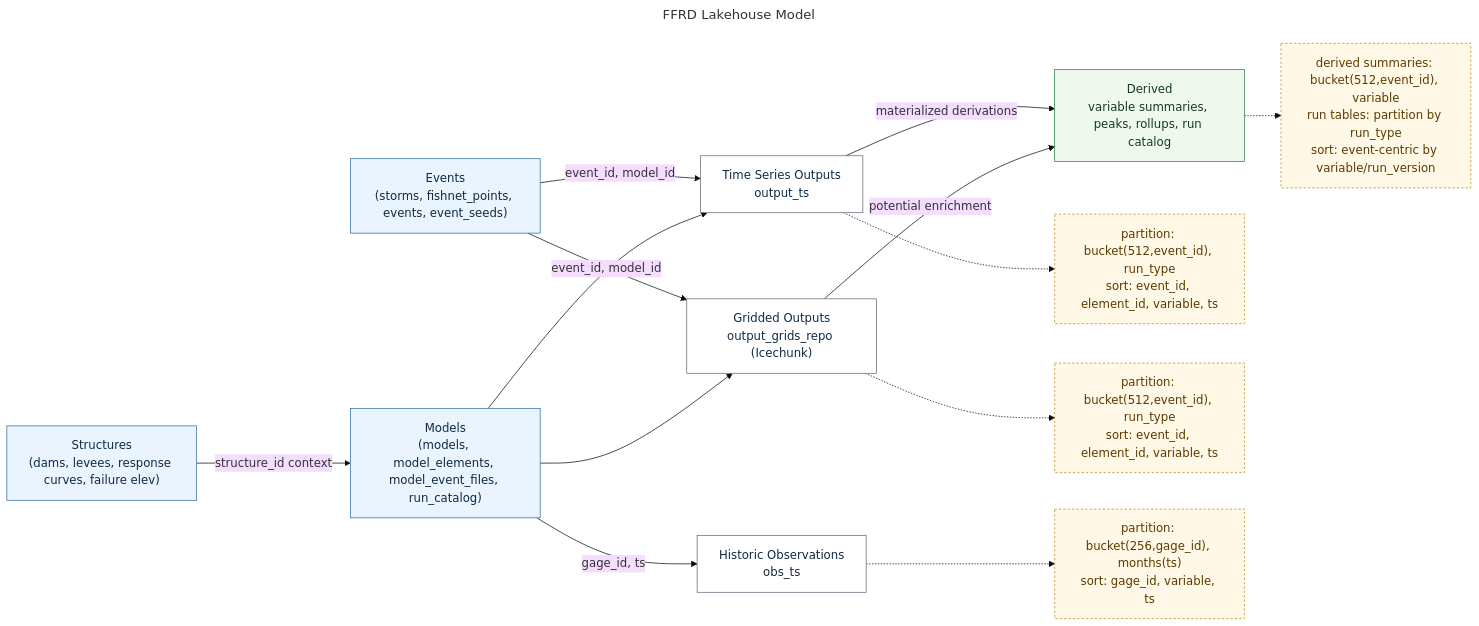
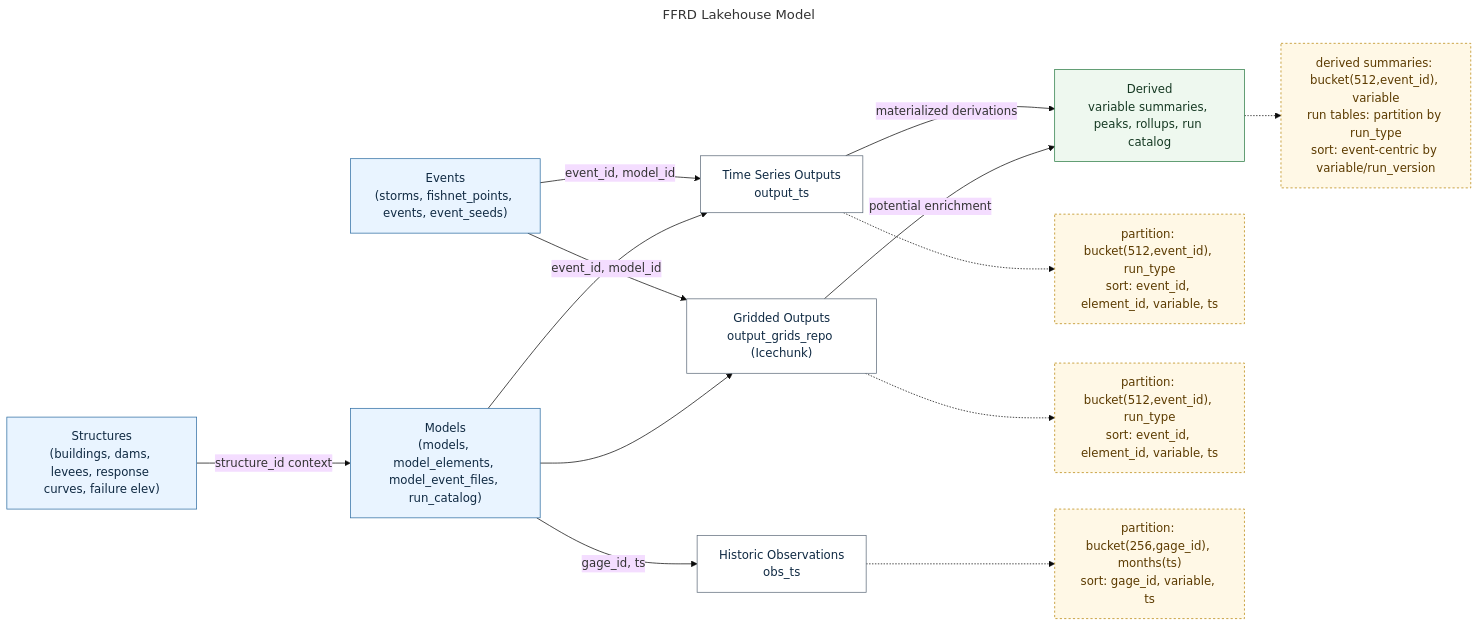
The diagram in lakehouse/ffrd-lakehouse.mmd (fema-ffrd/ffrd-data-model), drawn with Mermaid (base theme) before and after one commit. The commit also changed 3 other files, not shown here.

Commit message:
added a buildings schema designed around NSI/Milliman attributes

```diff
--- a/lakehouse/ffrd-lakehouse.mmd
+++ b/lakehouse/ffrd-lakehouse.mmd
@@ -1,54 +1,54 @@
 ---
 title: FFRD Lakehouse Model
 ---
 flowchart LR
     %% Executive summary view: high-level domains and data products.
     %% Iceberg constraints are logical.
     %% Derived tables are materialized from source tables.
     %% Companion detailed view: unified.mmd
 
     classDef domain fill:#e9f4ff,stroke:#2f6ea3,stroke-width:1px,color:#102a43;
     classDef product fill:#ffffff,stroke:#5f6c7b,stroke-width:1px,color:#102a43;
     classDef derived fill:#eef8ef,stroke:#2d7d46,stroke-width:1px,color:#173a24;
     classDef note fill:#fff8e6,stroke:#b8860b,stroke-dasharray: 3 3,color:#5c3b00;
 
     EV["Events\n(storms, fishnet_points, events, event_seeds)"]
-    ST["Structures\n(dams, levees, response curves, failure elev)"]
+    ST["Structures\n(buildings, dams, levees, response curves, failure elev)"]
     MD["Models\n(models, model_elements, model_event_files, run_catalog)"]
 
     TS["Time Series Outputs\noutput_ts"]
     GR["Gridded Outputs\noutput_grids_repo (Icechunk)"]
     OBS["Historic Observations\nobs_ts"]
 
     DR["Derived\nvariable summaries, peaks, rollups, run catalog"]
 
     P_TS["partition: bucket(512,event_id), run_type\nsort: event_id, element_id, variable, ts"]
     P_GR["partition: bucket(512,event_id), run_type\nsort: event_id, element_id, variable, ts"]
     P_OBS["partition: bucket(256,gage_id), months(ts)\nsort: gage_id, variable, ts"]
     P_DR["derived summaries: bucket(512,event_id), variable\nrun tables: partition by run_type\nsort: event-centric by variable/run_version"]
 
     EV -->|event_id, model_id| TS
     EV -->|event_id, model_id| GR
     MD -->|gage_id, ts| OBS
     MD --> TS
     MD --> GR
     ST -->|structure_id context| MD
 
     TS -->|materialized derivations| DR
     GR -->|potential enrichment| DR
 
     TS -.-> P_TS
     GR -.-> P_GR
     OBS -.-> P_OBS
     DR -.-> P_DR
 
 
     click EV "https://github.com/fema-ffrd/ffrd-data-model/blob/initial-erd/lakehouse/events.mmd" "Open events domain diagram"
     click MD "https://github.com/fema-ffrd/ffrd-data-model/blob/initial-erd/lakehouse/models.mmd" "Open models domain diagram"
     click ST "https://github.com/fema-ffrd/ffrd-data-model/blob/initial-erd/lakehouse/structures.mmd" "Open structures domain diagram"
     click DR "https://github.com/fema-ffrd/ffrd-data-model/blob/initial-erd/lakehouse/derived.mmd" "Open derived tables diagram"
 
     class EV,ST,MD domain;
     class TS,GR,OBS product;
     class DR,DETAIL derived;
     class P_TS,P_GR,P_OBS,P_DR note;
```
